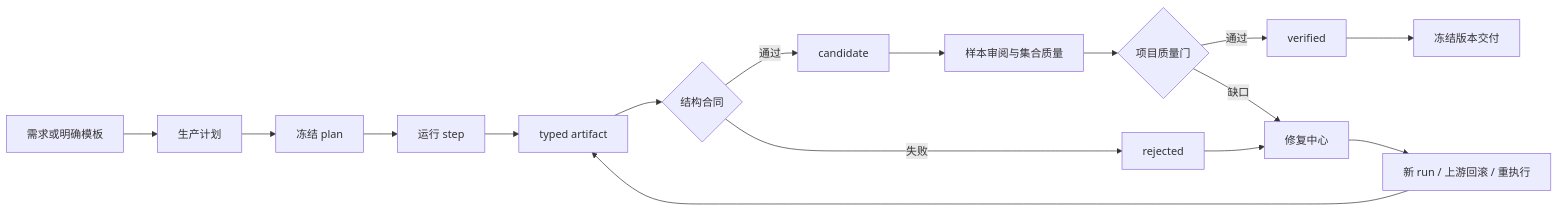
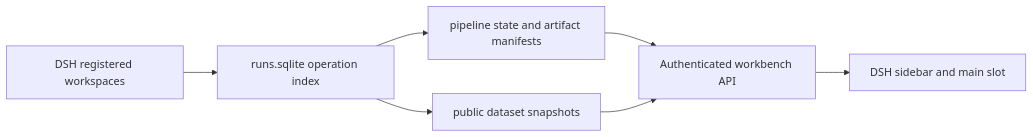
The diagram in docs/frontend-workbench-v2.md (EurecaMoment/BenchForgeV2), drawn with Mermaid before and after one commit. The commit also changed other lines of this file and 9 other files, not shown here.

Commit message:
Integrate real evaluation workbench into DSH UI

````diff
--- a/docs/frontend-workbench-v2.md
+++ b/docs/frontend-workbench-v2.md
@@ -51,18 +29,9 @@
 ```mermaid
 flowchart LR
-  A[需求或明确模板] --> B[生产计划]
-  B --> C[冻结 plan]
-  C --> D[运行 step]
-  D --> E[typed artifact]
-  E --> F{结构合同}
-  F -->|通过| G[candidate]
-  F -->|失败| H[rejected]
-  G --> I[样本审阅与集合质量]
-  I --> J{项目质量门}
-  J -->|通过| K[verified]
-  J -->|缺口| L[修复中心]
-  H --> L
-  L --> M[新 run / 上游回滚 / 重执行]
-  M --> E
-  K --> N[冻结版本交付]
+  A[DSH registered workspaces] --> B[runs.sqlite operation index]
+  B --> C[pipeline state and artifact manifests]
+  B --> D[public dataset snapshots]
+  C --> E[Authenticated workbench API]
+  D --> E
+  E --> F[DSH sidebar and main slot]
 ```
````
